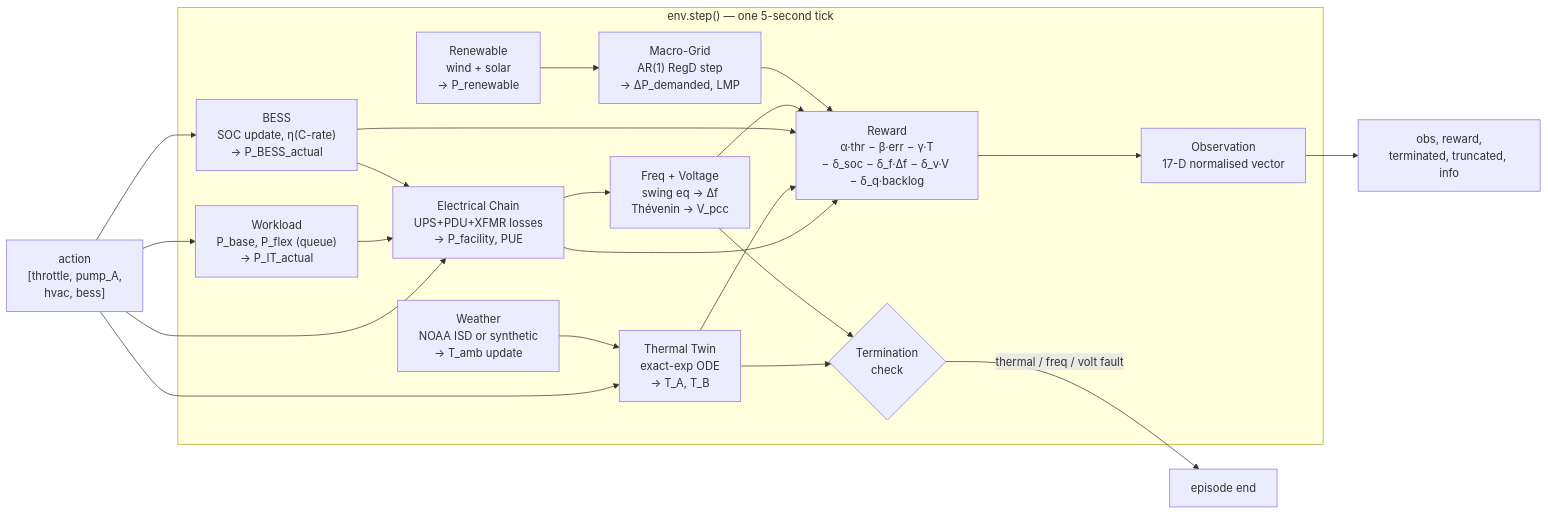
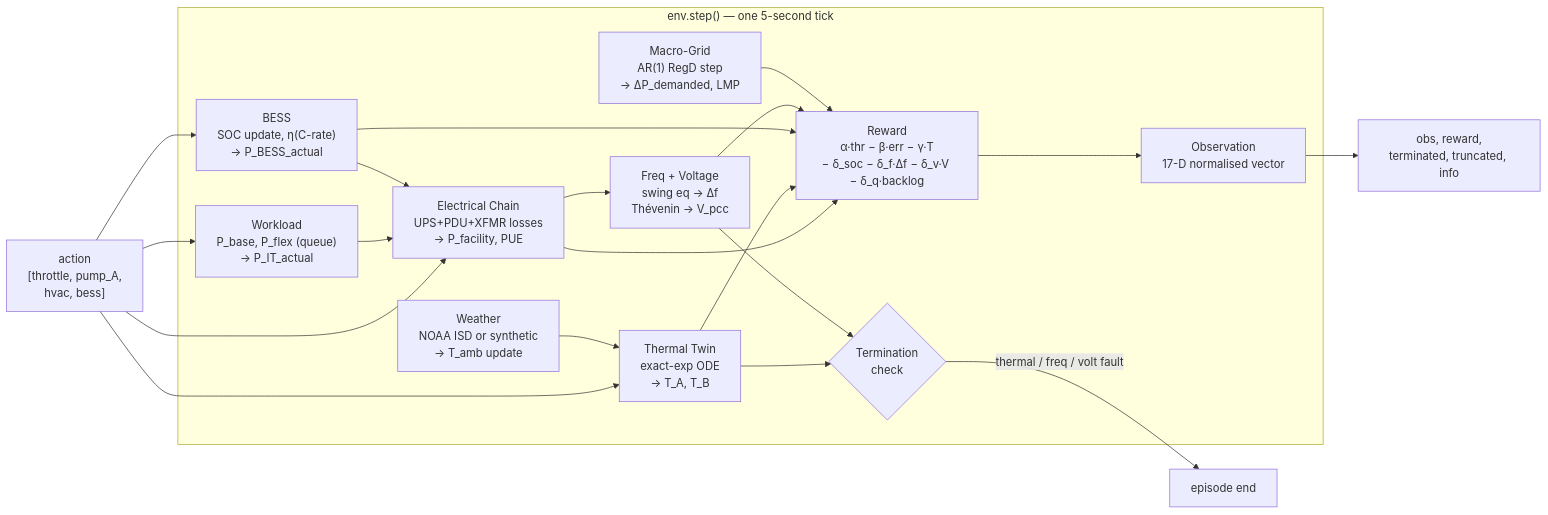
The third of 9 diagrams in README.md (HewlettPackard/c2g-bench), drawn with Mermaid before and after one commit. The commit also changed other lines of this file and 18 other files, not shown here.

````diff
--- a/README.md
+++ b/README.md
@@ -433,39 +432,37 @@
 ```mermaid
 flowchart LR
     ACT["action\n[throttle, pump_A,\nhvac, bess]"]
 
     ACT --> WL
     ACT --> TH
     ACT --> BS
     ACT --> EL
 
     subgraph STEP["env.step() — one 5-second tick"]
         WL["Workload\nP_base, P_flex (queue)\n→ P_IT_actual"]
         TH["Thermal Twin\nexact-exp ODE\n→ T_A, T_B"]
         EL["Electrical Chain\nUPS+PDU+XFMR losses\n→ P_facility, PUE"]
         BS["BESS\nSOC update, η(C-rate)\n→ P_BESS_actual"]
         MG["Macro-Grid\nAR(1) RegD step\n→ ΔP_demanded, LMP"]
-        RN["Renewable\nwind + solar\n→ P_renewable"]
         WE["Weather\nNOAA ISD or synthetic\n→ T_amb update"]
         FV["Freq + Voltage\nswing eq → Δf\nThévenin → V_pcc"]
         RW["Reward\nα·thr − β·err − γ·T\n− δ_soc − δ_f·Δf − δ_v·V − δ_q·backlog"]
         OB["Observation\n17-D normalised vector"]
         TM{"Termination\ncheck"}
     end
 
     WL --> EL
     BS --> EL
-    RN --> MG
     WE --> TH
     EL --> FV
     EL --> RW
     TH --> RW
     BS --> RW
     FV --> RW
     MG --> RW
     RW --> OB
     TH --> TM
     FV --> TM
     TM -->|"thermal / freq / volt fault"| DONE["episode end"]
     OB --> OUT["obs, reward,\nterminated, truncated, info"]
 ```
````
